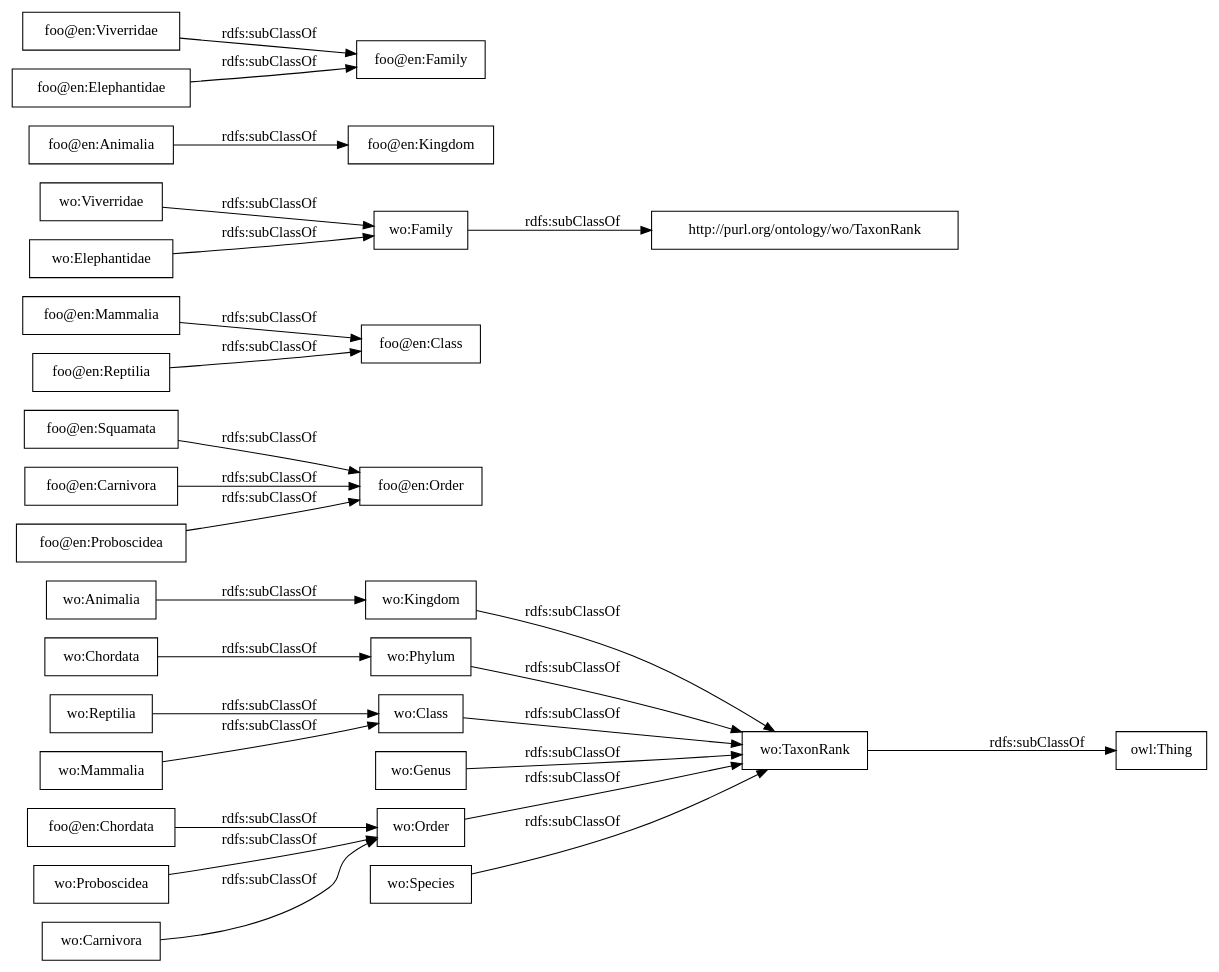
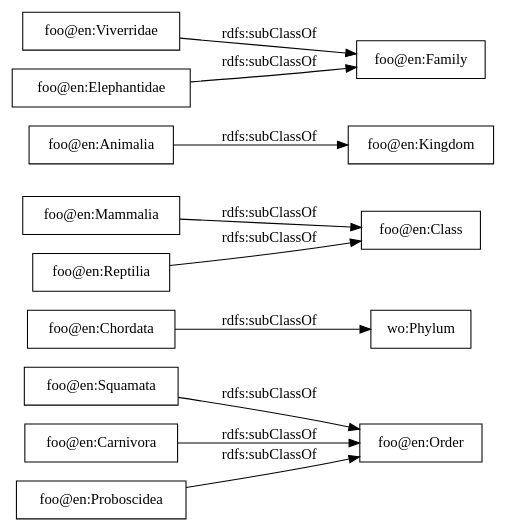
Before and after one commit to Naeima/foo_html: the diagram in OnToology/index.ttl/diagrams/ar2dtool-taxonomy/index.ttl.png.dot, drawn with Graphviz. The commit also changed 21 other files, not shown here.

```diff
--- a/OnToology/index.ttl/diagrams/ar2dtool-taxonomy/index.ttl.png.dot
+++ b/OnToology/index.ttl/diagrams/ar2dtool-taxonomy/index.ttl.png.dot
@@ -1,31 +1,15 @@
 digraph ar2dtool_diagram { 
 rankdir=LR;
 size="1000"
-node [shape = rectangle, color="black"]; "foo@en:Chordata" "wo:Animalia" "wo:Kingdom" "wo:Proboscidea" "wo:Phylum" "foo@en:Squamata" "foo@en:Mammalia" "wo:Viverridae" "wo:Order" "wo:Mammalia" "wo:Genus" "wo:TaxonRank" "wo:Carnivora" "foo@en:Animalia" "wo:Family" "wo:Class" "foo@en:Order" "wo:Elephantidae" "foo@en:Carnivora" "wo:Chordata" "foo@en:Kingdom" "foo@en:Viverridae" "foo@en:Elephantidae" "foo@en:Reptilia" "wo:Reptilia" "foo@en:Family" "foo@en:Class" "wo:Species" "foo@en:Proboscidea" ; /*classes style*/
-	"wo:TaxonRank" -> "owl:Thing" [ label = "rdfs:subClassOf" ];
-	"wo:Reptilia" -> "wo:Class" [ label = "rdfs:subClassOf" ];
-	"wo:Kingdom" -> "wo:TaxonRank" [ label = "rdfs:subClassOf" ];
-	"wo:Species" -> "wo:TaxonRank" [ label = "rdfs:subClassOf" ];
-	"wo:Phylum" -> "wo:TaxonRank" [ label = "rdfs:subClassOf" ];
-	"foo@en:Chordata" -> "wo:Order" [ label = "rdfs:subClassOf" ];
-	"wo:Animalia" -> "wo:Kingdom" [ label = "rdfs:subClassOf" ];
-	"wo:Mammalia" -> "wo:Class" [ label = "rdfs:subClassOf" ];
+node [shape = rectangle, color="black"]; "foo@en:Squamata" "wo:Phylum" "foo@en:Mammalia" "foo@en:Animalia" "foo@en:Carnivora" "foo@en:Viverridae" "foo@en:Elephantidae" "foo@en:Reptilia" "foo@en:Chordata" "foo@en:Proboscidea" ; /*classes style*/
+	"foo@en:Reptilia" -> "foo@en:Class" [ label = "rdfs:subClassOf" ];
+	"foo@en:Chordata" -> "wo:Phylum" [ label = "rdfs:subClassOf" ];
 	"foo@en:Squamata" -> "foo@en:Order" [ label = "rdfs:subClassOf" ];
-	"wo:Elephantidae" -> "wo:Family" [ label = "rdfs:subClassOf" ];
-	"wo:Order" -> "wo:TaxonRank" [ label = "rdfs:subClassOf" ];
+	"foo@en:Proboscidea" -> "foo@en:Order" [ label = "rdfs:subClassOf" ];
 	"foo@en:Elephantidae" -> "foo@en:Family" [ label = "rdfs:subClassOf" ];
-	"wo:Family" -> "http://purl.org/ontology/wo/TaxonRank" [ label = "rdfs:subClassOf" ];
-	"foo@en:Proboscidea" -> "foo@en:Order" [ label = "rdfs:subClassOf" ];
-	"wo:Class" -> "wo:TaxonRank" [ label = "rdfs:subClassOf" ];
-	"foo@en:Reptilia" -> "foo@en:Class" [ label = "rdfs:subClassOf" ];
-	"wo:Genus" -> "wo:TaxonRank" [ label = "rdfs:subClassOf" ];
 	"foo@en:Viverridae" -> "foo@en:Family" [ label = "rdfs:subClassOf" ];
-	"wo:Proboscidea" -> "wo:Order" [ label = "rdfs:subClassOf" ];
+	"foo@en:Carnivora" -> "foo@en:Order" [ label = "rdfs:subClassOf" ];
 	"foo@en:Animalia" -> "foo@en:Kingdom" [ label = "rdfs:subClassOf" ];
-	"wo:Carnivora" -> "wo:Order" [ label = "rdfs:subClassOf" ];
-	"foo@en:Carnivora" -> "foo@en:Order" [ label = "rdfs:subClassOf" ];
 	"foo@en:Mammalia" -> "foo@en:Class" [ label = "rdfs:subClassOf" ];
-	"wo:Chordata" -> "wo:Phylum" [ label = "rdfs:subClassOf" ];
-	"wo:Viverridae" -> "wo:Family" [ label = "rdfs:subClassOf" ];
 
 }
```
